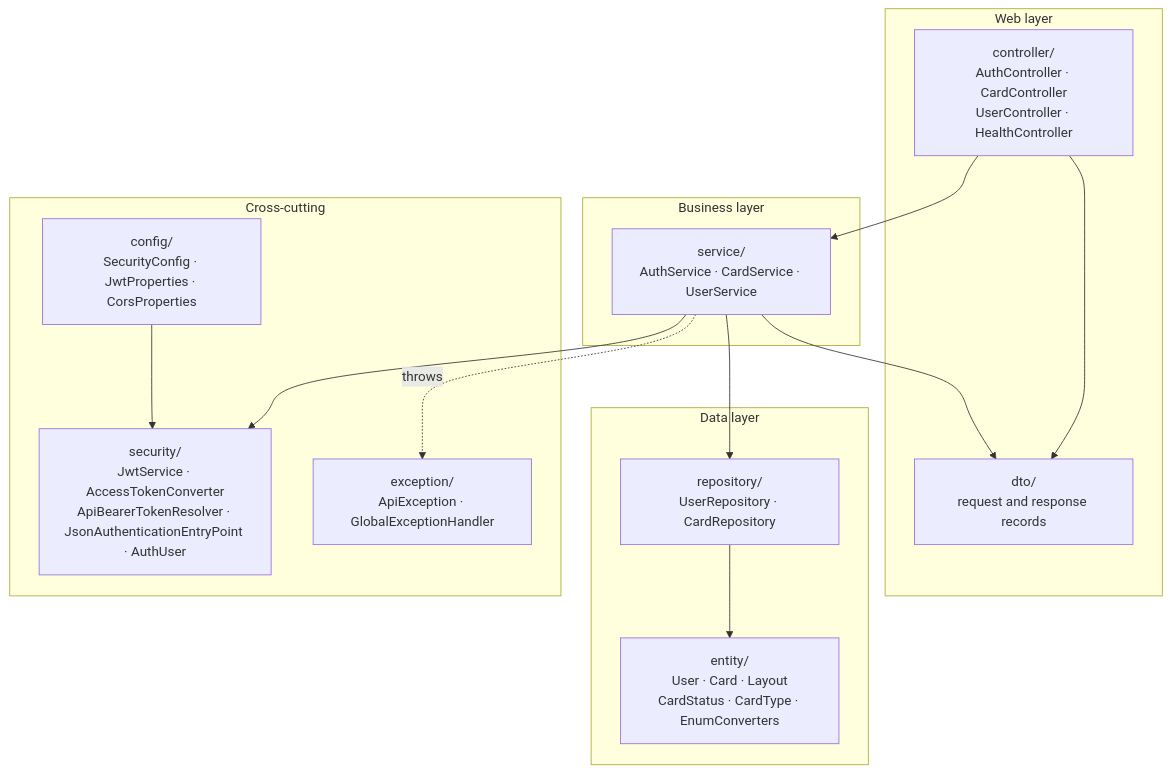
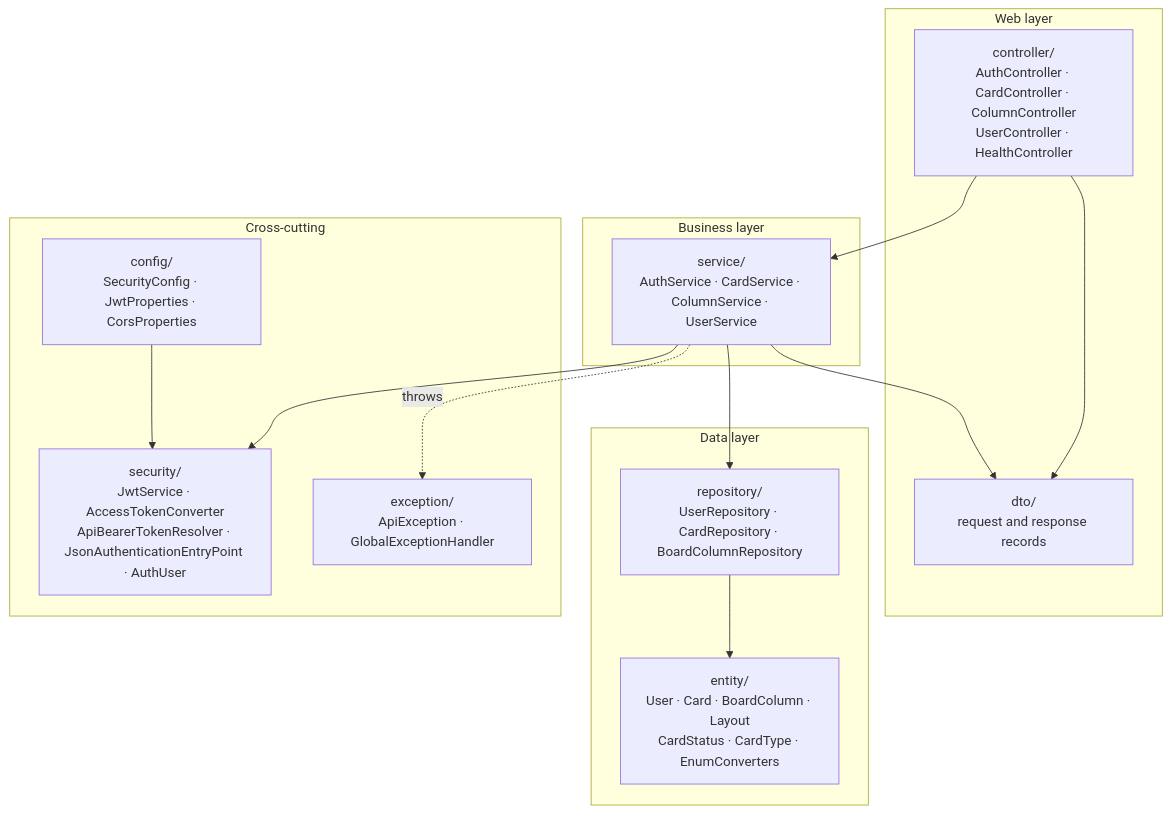
Before and after one commit to Cypedium/aurelljiracard: the second of 10 diagrams in server-java/ARCHITECTURE.md, drawn with Mermaid. The commit also changed other lines of this file and 42 other files, not shown here.

````diff
--- a/server-java/ARCHITECTURE.md
+++ b/server-java/ARCHITECTURE.md
@@ -40,28 +40,28 @@
 ```mermaid
 flowchart TB
     subgraph web["Web layer"]
-        controller["controller/<br/>AuthController · CardController<br/>UserController · HealthController"]
+        controller["controller/<br/>AuthController · CardController · ColumnController<br/>UserController · HealthController"]
         dto["dto/<br/>request and response records"]
     end
     subgraph core["Business layer"]
-        service["service/<br/>AuthService · CardService · UserService"]
+        service["service/<br/>AuthService · CardService · ColumnService · UserService"]
     end
     subgraph data["Data layer"]
-        repository["repository/<br/>UserRepository · CardRepository"]
-        entity["entity/<br/>User · Card · Layout<br/>CardStatus · CardType · EnumConverters"]
+        repository["repository/<br/>UserRepository · CardRepository · BoardColumnRepository"]
+        entity["entity/<br/>User · Card · BoardColumn · Layout<br/>CardStatus · CardType · EnumConverters"]
     end
     subgraph cross["Cross-cutting"]
         security["security/<br/>JwtService · AccessTokenConverter<br/>ApiBearerTokenResolver · JsonAuthenticationEntryPoint · AuthUser"]
         config["config/<br/>SecurityConfig · JwtProperties · CorsProperties"]
         exception["exception/<br/>ApiException · GlobalExceptionHandler"]
     end
 
     controller --> service
     controller --> dto
     service --> repository
     service --> dto
     service --> security
     repository --> entity
     config --> security
     service -. "throws" .-> exception
 ```
````
